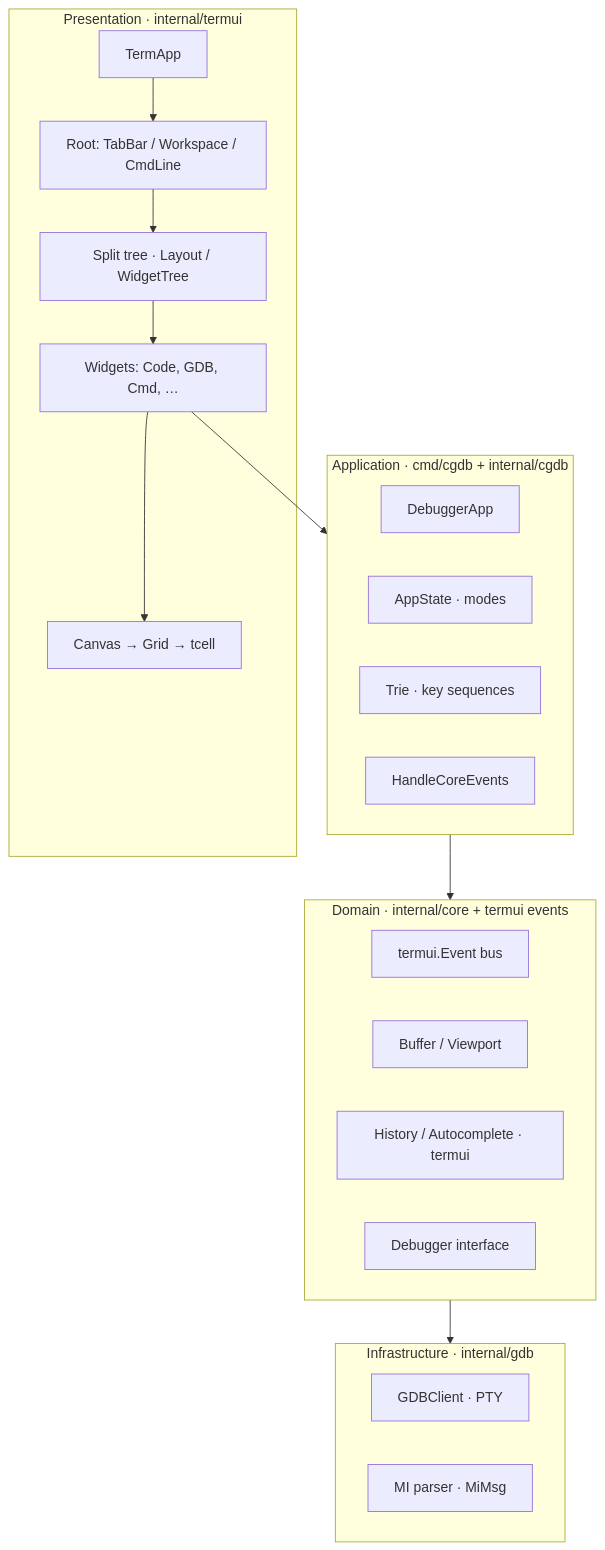
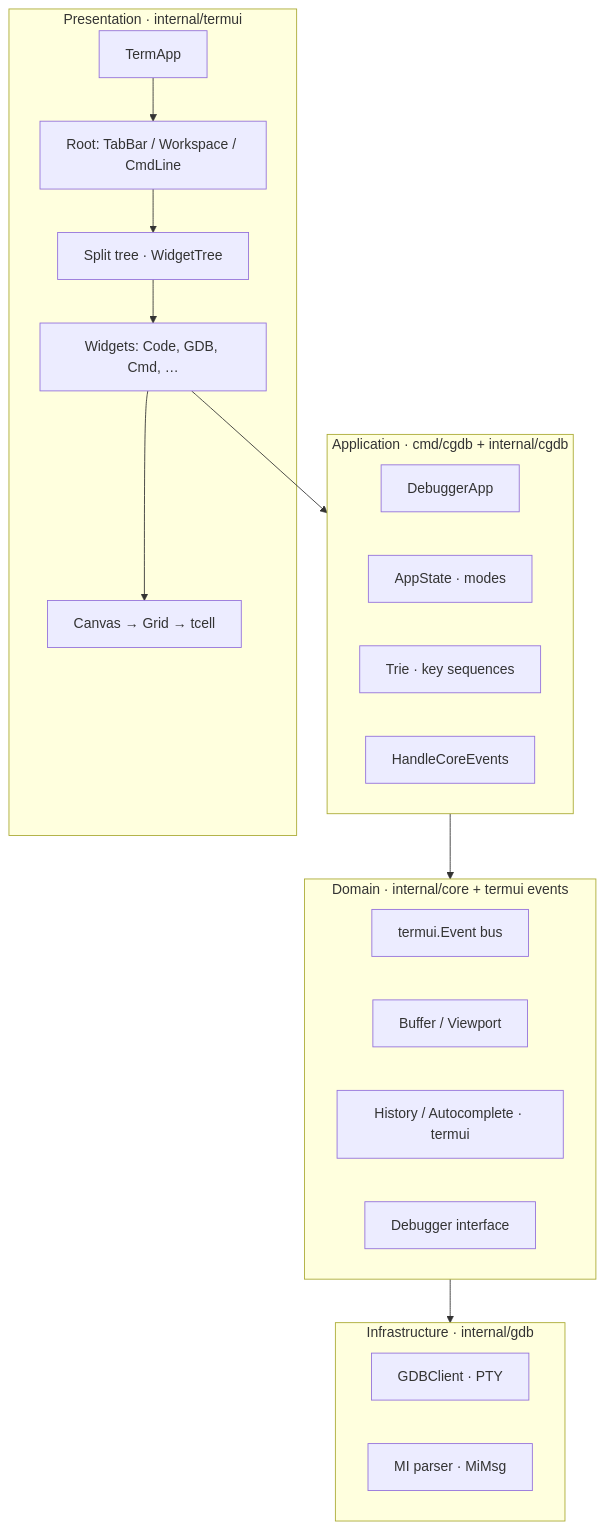
Before and after one commit to yairgd/gdbforge: the second of 7 diagrams in docs/ARCHITECTURE.md, drawn with Mermaid. The commit also changed other lines of this file and 11 other files, not shown here.

Commit message:
Remove redundant Layout facade; tabs own WidgetTree directly.

````diff
--- a/docs/ARCHITECTURE.md
+++ b/docs/ARCHITECTURE.md
@@ -354,34 +354,34 @@
 ```mermaid
 flowchart TB
     subgraph Presentation["Presentation · internal/termui"]
         TermApp["TermApp"]
         RootLayout["Root: TabBar / Workspace / CmdLine"]
-        SplitTree["Split tree · Layout / WidgetTree"]
+        SplitTree["Split tree · WidgetTree"]
         Widgets["Widgets: Code, GDB, Cmd, …"]
         Render["Canvas → Grid → tcell"]
     end
 
     subgraph Application["Application · cmd/cgdb + internal/cgdb"]
         DebuggerApp["DebuggerApp"]
         AppState["AppState · modes"]
         Trie["Trie · key sequences"]
         HandleCore["HandleCoreEvents"]
     end
 
     subgraph Domain["Domain · internal/core + termui events"]
         Events["termui.Event bus"]
         Buffer["Buffer / Viewport"]
         History["History / Autocomplete · termui"]
         DebuggerIF["Debugger interface"]
     end
 
     subgraph Infrastructure["Infrastructure · internal/gdb"]
         Client["GDBClient · PTY"]
         MI["MI parser · MiMsg"]
     end
 
     TermApp --> RootLayout --> SplitTree --> Widgets --> Render
     Widgets --> Application
     Application --> Domain
     Domain --> Infrastructure
 ```
````
